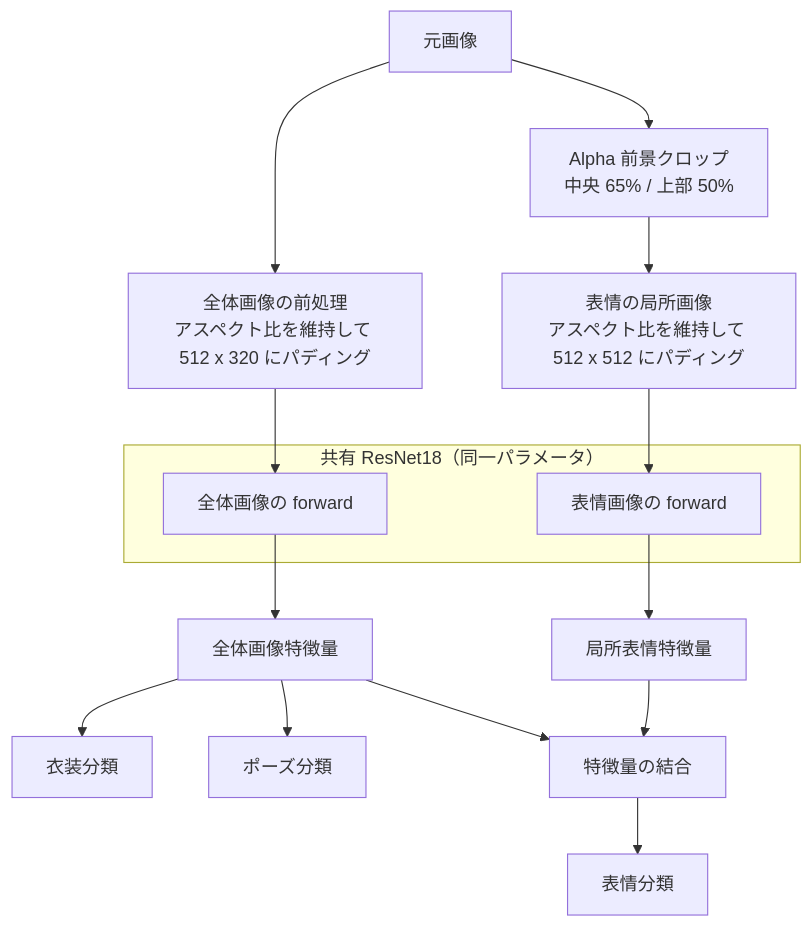
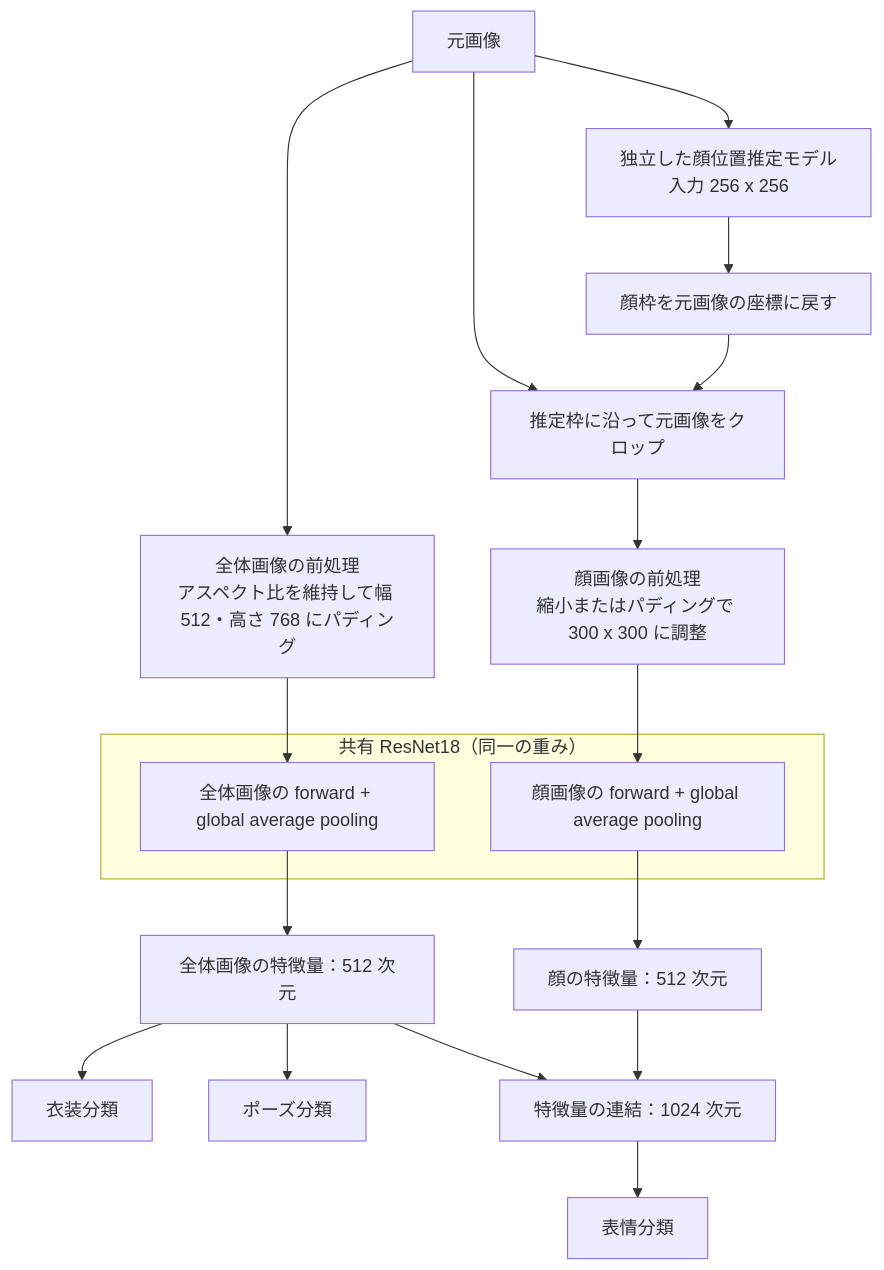
One commit to hoshino924/atri-Multi-Attribute-Recognition changed the diagram in README_JP.md. Above: the diagram before and after it, drawn with Mermaid. The commit also changed other lines of this file and 58 other files, not shown here.

````diff
--- a/README_JP.md
+++ b/README_JP.md
@@ -31,23 +207,25 @@
 ```mermaid
 flowchart TB
     image["元画像"]
-    image --> full_input["全体画像の前処理<br/>アスペクト比を維持して 512 x 320 にパディング"]
-    image --> crop["Alpha 前景クロップ<br/>中央 65% / 上部 50%"]
-    crop --> expression_input["表情の局所画像<br/>アスペクト比を維持して 512 x 512 にパディング"]
+    image --> full_input["全体画像の前処理<br/>アスペクト比を維持して幅 512・高さ 768 にパディング"]
+    image --> locator["独立した顔位置推定モデル<br/>入力 256 x 256"]
+    locator --> box["顔枠を元画像の座標に戻す"]
+    image --> crop["推定枠に沿って元画像をクロップ"]
+    box --> crop
+    crop --> face_input["顔画像の前処理<br/>縮小またはパディングで 300 x 300 に調整"]
 
-    subgraph backbone["共有 ResNet18（同一パラメータ）"]
-        full_forward["全体画像の forward"]
-        expression_forward["表情画像の forward"]
+    subgraph backbone["共有 ResNet18（同一の重み）"]
+        full_forward["全体画像の forward + global average pooling"]
+        face_forward["顔画像の forward + global average pooling"]
     end
 
     full_input --> full_forward
-    expression_input --> expression_forward
-    full_forward --> full_feature["全体画像特徴量"]
-    expression_forward --> local_feature["局所表情特徴量"]
-
+    face_input --> face_forward
+    full_forward --> full_feature["全体画像の特徴量：512 次元"]
+    face_forward --> face_feature["顔の特徴量：512 次元"]
     full_feature --> outfit["衣装分類"]
     full_feature --> pose["ポーズ分類"]
-    full_feature --> fusion["特徴量の結合"]
-    local_feature --> fusion
+    full_feature --> fusion["特徴量の連結：1024 次元"]
+    face_feature --> fusion
     fusion --> expression["表情分類"]
 ```
````
